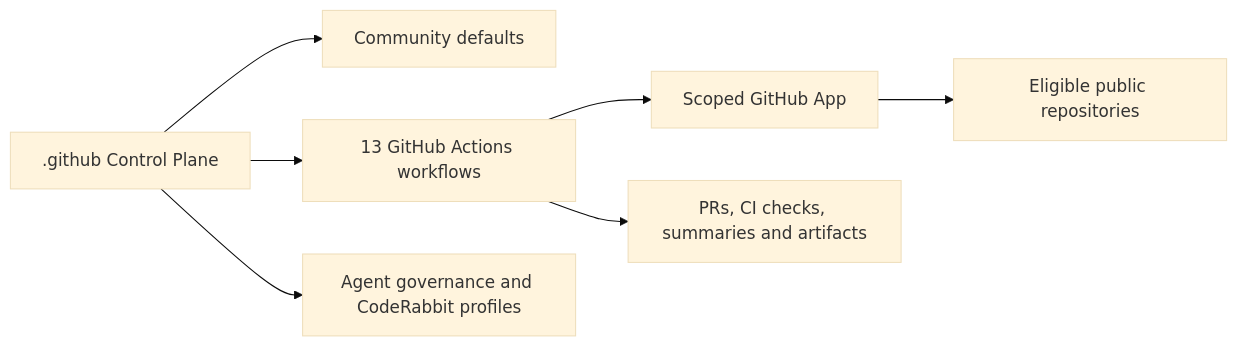
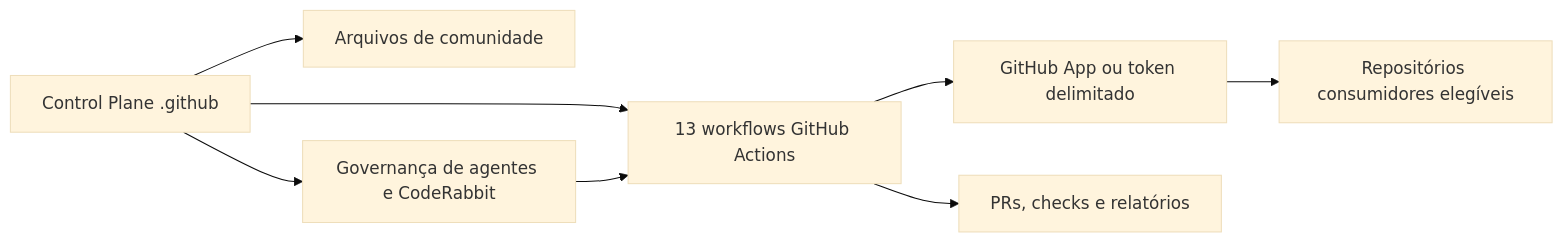
Before and after one commit to rodri-oliveira-dev/.github: the diagram in README.pt-BR.md, drawn with Mermaid (base theme). The commit also changed other lines of this file and 1 other file, not shown here.

````diff
--- a/README.pt-BR.md
+++ b/README.pt-BR.md
@@ -58,9 +58,10 @@
 ```mermaid
 flowchart LR
-  Central[".github Control Plane"] --> Defaults["Community defaults"]
-  Central --> Actions["13 GitHub Actions workflows"]
-  Central --> Policies["Agent governance and CodeRabbit profiles"]
-  Actions --> App["Scoped GitHub App"]
-  App --> Consumers["Eligible public repositories"]
-  Actions --> Reports["PRs, CI checks, summaries and artifacts"]
+  Control["Control Plane .github"] --> Defaults["Arquivos de comunidade"]
+  Control --> Actions["13 workflows GitHub Actions"]
+  Control --> Policies["Governança de agentes e CodeRabbit"]
+  Actions --> App["GitHub App ou token delimitado"]
+  App --> Consumers["Repositórios consumidores elegíveis"]
+  Actions --> Reports["PRs, checks e relatórios"]
+  Policies --> Actions
 ```
````
